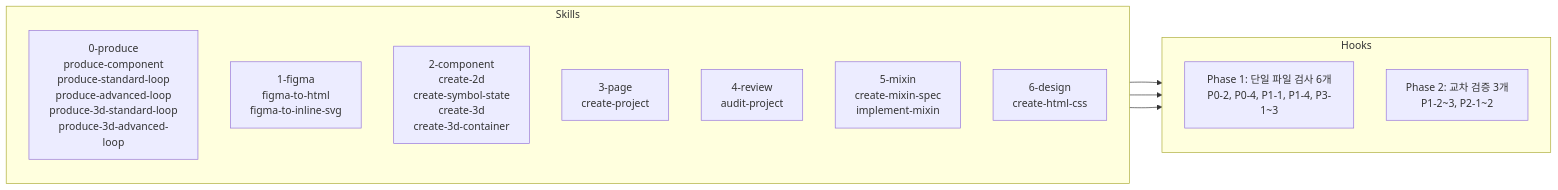
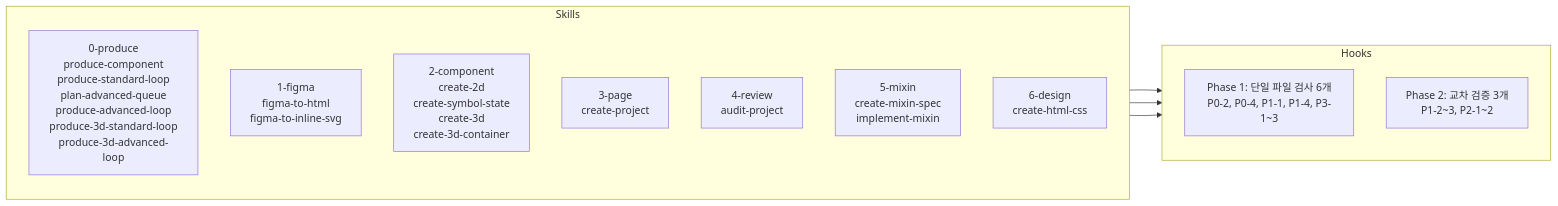
The second of 2 diagrams in CLAUDE.md (dysong-lab/WEB_BUILDER_TOOLKIT), drawn with Mermaid before and after one commit. The commit also changed other lines of this file and 1 other file, not shown here.

Commit message:
feat: plan-advanced-queue 스킬 신설 — Advanced 변형 기획 자동화
Advanced 변형 후보 발굴(Explore agent) → Standard와의 분리 정당성 검증 → 사용자 승인 → ADVANCED_QUEUE.md 등록까지 담당. 생산은 기존 produce-advanced-loop이 그대로 처리한다.

````diff
--- a/CLAUDE.md
+++ b/CLAUDE.md
@@ -29,23 +29,23 @@
 ```mermaid
 flowchart LR
     subgraph Skills
         direction TB
-        S0[0-produce<br/>produce-component<br/>produce-standard-loop<br/>produce-advanced-loop<br/>produce-3d-standard-loop<br/>produce-3d-advanced-loop]
+        S0[0-produce<br/>produce-component<br/>produce-standard-loop<br/>plan-advanced-queue<br/>produce-advanced-loop<br/>produce-3d-standard-loop<br/>produce-3d-advanced-loop]
         S1[1-figma<br/>figma-to-html<br/>figma-to-inline-svg]
         S2[2-component<br/>create-2d<br/>create-symbol-state<br/>create-3d<br/>create-3d-container]
         S3[3-page<br/>create-project]
         S4[4-review<br/>audit-project]
         S5[5-mixin<br/>create-mixin-spec<br/>implement-mixin]
         S6[6-design<br/>create-html-css]
     end
 
     subgraph Hooks
         direction TB
         H1[Phase 1: 단일 파일 검사 6개<br/>P0-2, P0-4, P1-1, P1-4, P3-1~3]
         H2[Phase 2: 교차 검증 3개<br/>P1-2~3, P2-1~2]
     end
 
     S2 --> H1
     S2 --> H2
     S3 --> H2
 ```
````
